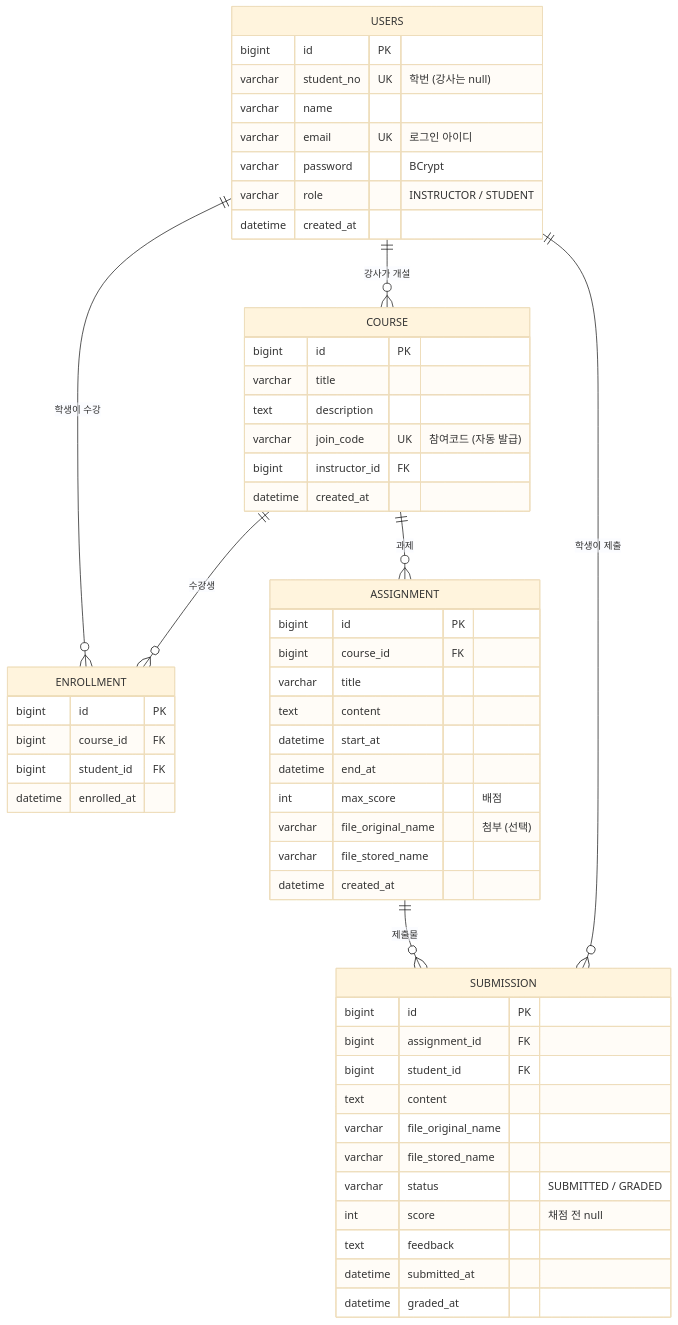
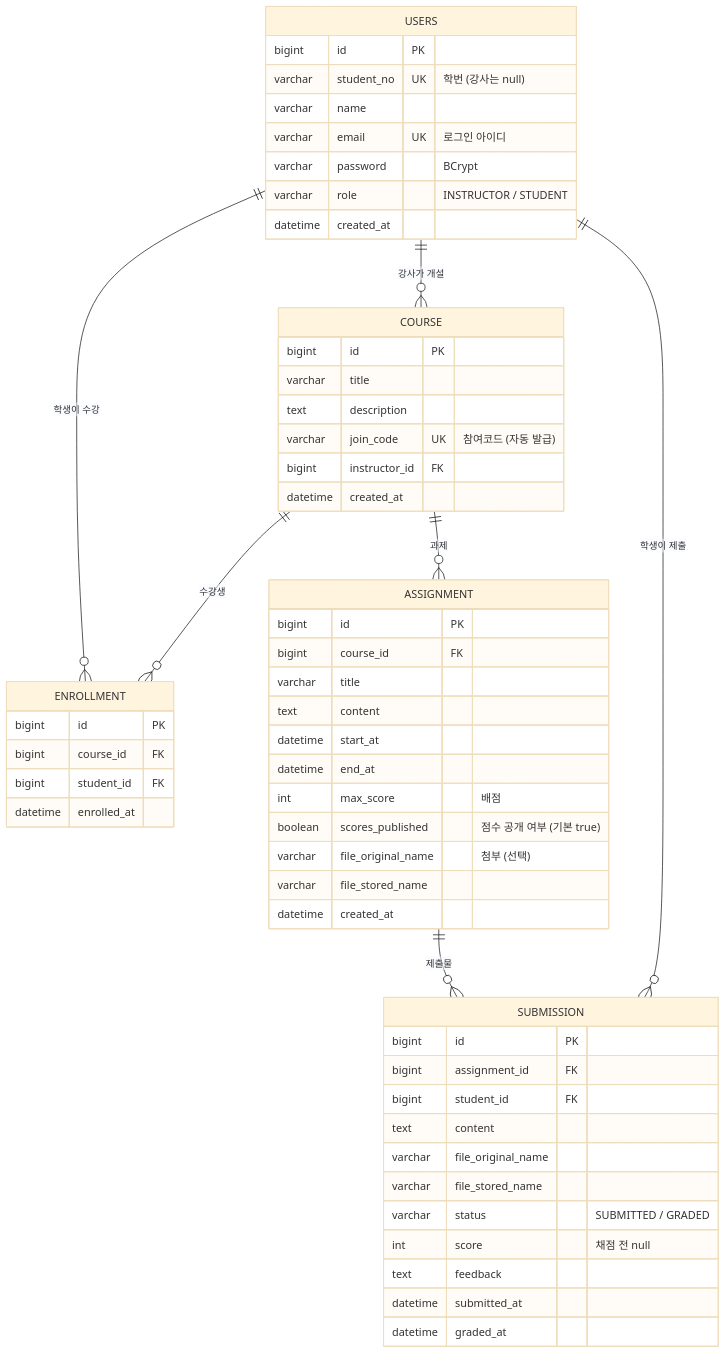
The diagram in docs/erd.md (yoonhyoguen/lms), drawn with Mermaid (base theme) before and after one commit. The commit also changed other lines of this file and 14 other files, not shown here.

Commit message:
docs: README 테스트 계정, 경계값 정책, 통계 정의, 화면 캡처 / ERD 이미지, context.md

````diff
--- a/docs/erd.md
+++ b/docs/erd.md
@@ -5,58 +7,59 @@
 ```mermaid
 erDiagram
     USERS ||--o{ COURSE : "강사가 개설"
     USERS ||--o{ ENROLLMENT : "학생이 수강"
     COURSE ||--o{ ENROLLMENT : "수강생"
     COURSE ||--o{ ASSIGNMENT : "과제"
     ASSIGNMENT ||--o{ SUBMISSION : "제출물"
     USERS ||--o{ SUBMISSION : "학생이 제출"
 
     USERS {
         bigint id PK
         varchar student_no UK "학번 (강사는 null)"
         varchar name
         varchar email UK "로그인 아이디"
         varchar password "BCrypt"
         varchar role "INSTRUCTOR / STUDENT"
         datetime created_at
     }
     COURSE {
         bigint id PK
         varchar title
         text description
         varchar join_code UK "참여코드 (자동 발급)"
         bigint instructor_id FK
         datetime created_at
     }
     ENROLLMENT {
         bigint id PK
         bigint course_id FK
         bigint student_id FK
         datetime enrolled_at
     }
     ASSIGNMENT {
         bigint id PK
         bigint course_id FK
         varchar title
         text content
         datetime start_at
         datetime end_at
         int max_score "배점"
+        boolean scores_published "점수 공개 여부 (기본 true)"
         varchar file_original_name "첨부 (선택)"
         varchar file_stored_name
         datetime created_at
     }
     SUBMISSION {
         bigint id PK
         bigint assignment_id FK
         bigint student_id FK
         text content
         varchar file_original_name
         varchar file_stored_name
         varchar status "SUBMITTED / GRADED"
         int score "채점 전 null"
         text feedback
         datetime submitted_at
         datetime graded_at
     }
 ```
````
